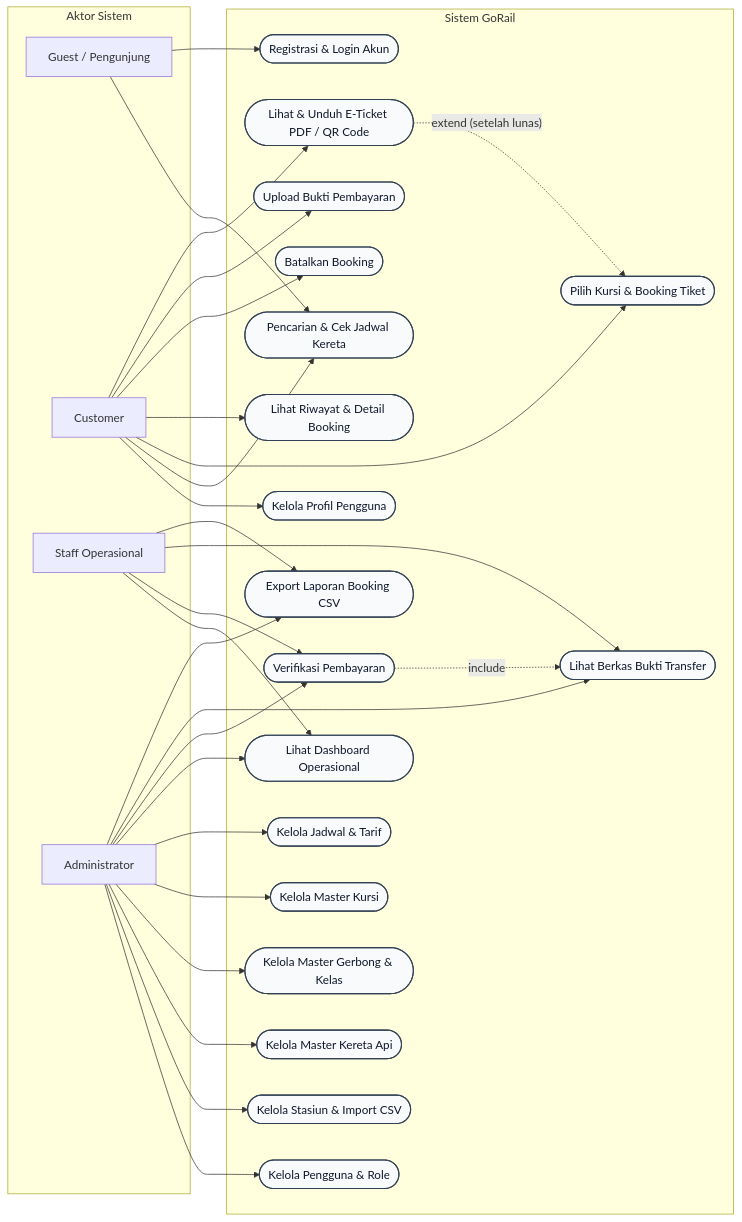
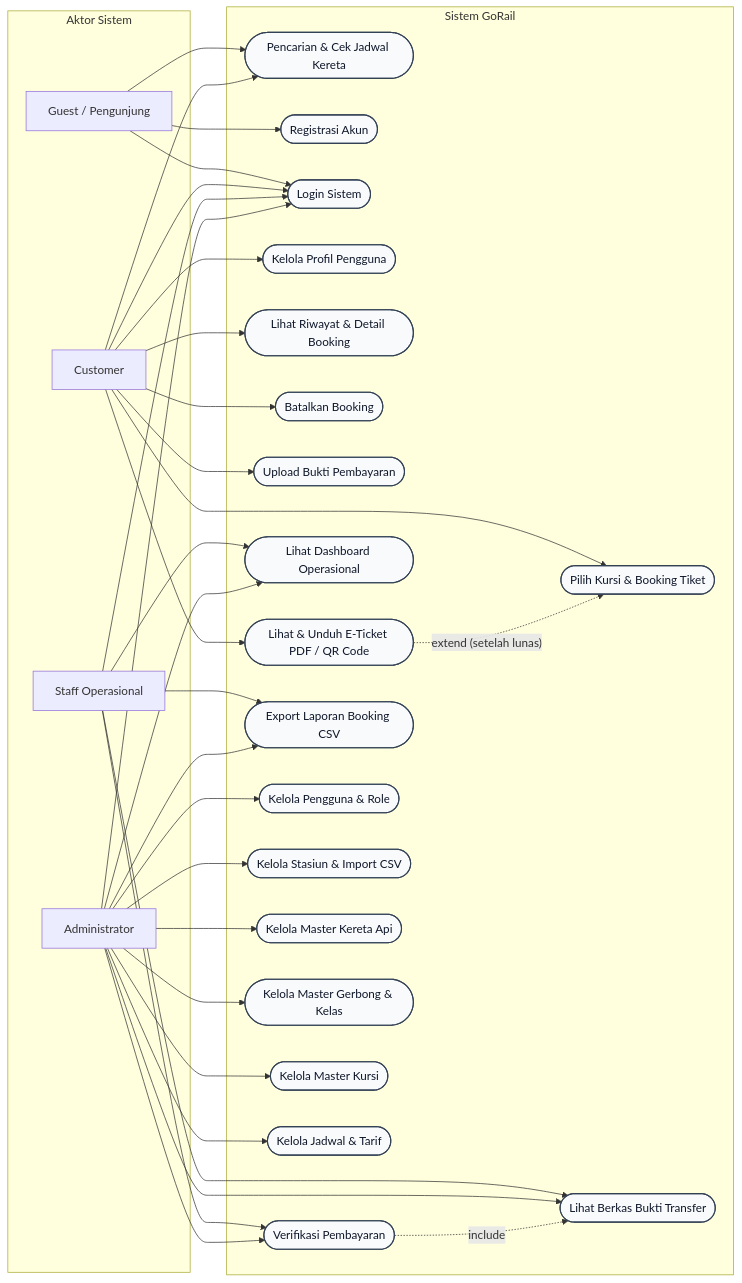
Before and after one commit to Tedshub/GoRail: the diagram in README.md, drawn with Mermaid.

````diff
--- a/README.md
+++ b/README.md
@@ -11,76 +11,81 @@
 ```mermaid
 flowchart LR
     %% Actors
     subgraph Aktor [Aktor Sistem]
         Guest["Guest / Pengunjung"]
         Customer["Customer"]
         Staff["Staff Operasional"]
         Admin["Administrator"]
     end
 
     %% System Boundary
     subgraph GoRailSystem ["Sistem GoRail"]
-        %% Guest Use Cases
+        %% Public & Auth Use Cases
         UC_Search(["Pencarian & Cek Jadwal Kereta"]):::uc
-        UC_Auth(["Registrasi & Login Akun"]):::uc
+        UC_Register(["Registrasi Akun"]):::uc
+        UC_Login(["Login Sistem"]):::uc
 
         %% Customer Use Cases
         UC_Profile(["Kelola Profil Pengguna"]):::uc
         UC_Seat(["Pilih Kursi & Booking Tiket"]):::uc
         UC_Hist(["Lihat Riwayat & Detail Booking"]):::uc
         UC_Cancel(["Batalkan Booking"]):::uc
         UC_UploadPay(["Upload Bukti Pembayaran"]):::uc
         UC_Ticket(["Lihat & Unduh E-Ticket PDF / QR Code"]):::uc
 
         %% Staff Use Cases
         UC_StaffDash(["Lihat Dashboard Operasional"]):::uc
         UC_Verify(["Verifikasi Pembayaran"]):::uc
         UC_ViewProof(["Lihat Berkas Bukti Transfer"]):::uc
         UC_Export(["Export Laporan Booking CSV"]):::uc
 
         %% Admin Master Data Use Cases
         UC_ManageUsers(["Kelola Pengguna & Role"]):::uc
         UC_ManageStations(["Kelola Stasiun & Import CSV"]):::uc
         UC_ManageTrains(["Kelola Master Kereta Api"]):::uc
         UC_ManageCoaches(["Kelola Master Gerbong & Kelas"]):::uc
         UC_ManageSeats(["Kelola Master Kursi"]):::uc
         UC_ManageSchedules(["Kelola Jadwal & Tarif"]):::uc
     end
 
     %% Guest Connections
     Guest --> UC_Search
-    Guest --> UC_Auth
+    Guest --> UC_Register
+    Guest --> UC_Login
 
     %% Customer Connections
+    Customer --> UC_Login
     Customer --> UC_Profile
     Customer --> UC_Search
     Customer --> UC_Seat
     Customer --> UC_Hist
     Customer --> UC_Cancel
     Customer --> UC_UploadPay
     Customer --> UC_Ticket
 
     %% Staff Connections
+    Staff --> UC_Login
     Staff --> UC_StaffDash
     Staff --> UC_Verify
     Staff --> UC_ViewProof
     Staff --> UC_Export
 
     %% Admin Connections
+    Admin --> UC_Login
     Admin --> UC_ManageUsers
     Admin --> UC_ManageStations
     Admin --> UC_ManageTrains
     Admin --> UC_ManageCoaches
     Admin --> UC_ManageSeats
     Admin --> UC_ManageSchedules
     Admin --> UC_StaffDash
     Admin --> UC_Verify
     Admin --> UC_ViewProof
     Admin --> UC_Export
 
     %% Relations
     UC_Verify -.->|"include"| UC_ViewProof
     UC_Ticket -.->|"extend (setelah lunas)"| UC_Seat
 
     classDef uc fill:#f8fafc,stroke:#334155,stroke-width:1.5px,color:#0f172a;
 ```
````
